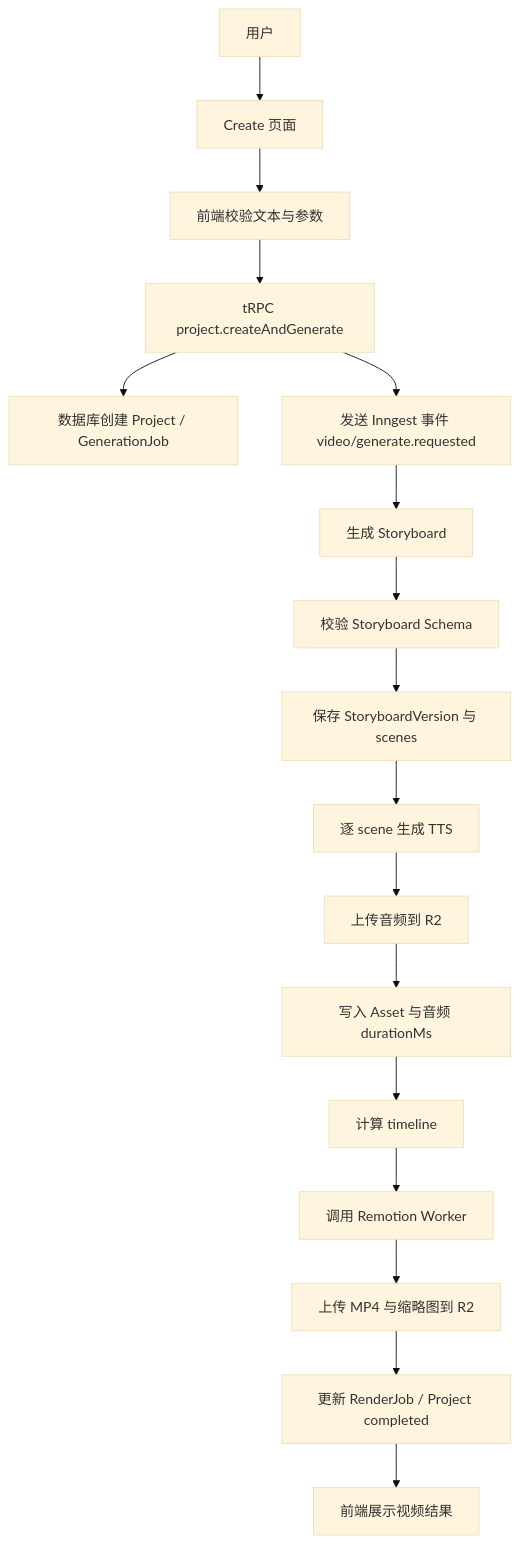
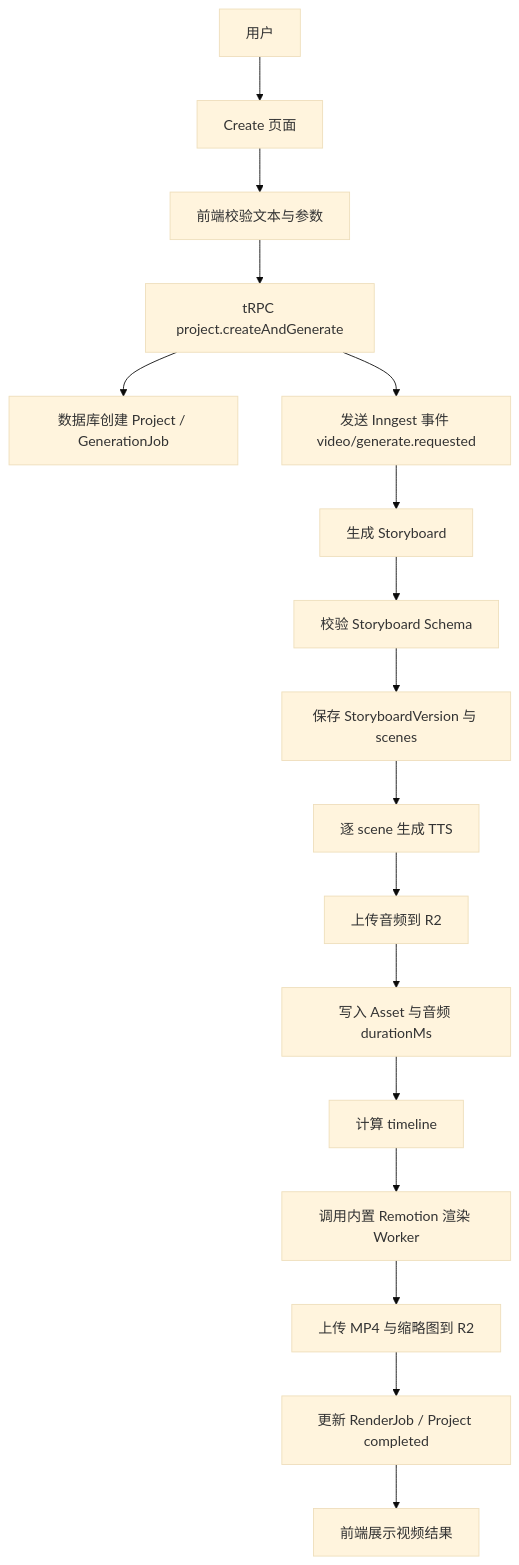
Before and after one commit to H-1234-S/Note: the first of 12 diagrams in 项目/Volcano/PRD_AI文本转PPT微课视频平台.md, drawn with Mermaid (base theme). The commit also changed other lines of this file, not shown here.

````diff
--- a/项目/Volcano/PRD_AI文本转PPT微课视频平台.md
+++ b/项目/Volcano/PRD_AI文本转PPT微课视频平台.md
@@ -246,19 +248,19 @@
 ```mermaid
 flowchart TD
   U["用户"] --> C["Create 页面"]
   C --> V["前端校验文本与参数"]
   V --> API["tRPC project.createAndGenerate"]
   API --> DB1["数据库创建 Project / GenerationJob"]
   API --> EVT["发送 Inngest 事件 video/generate.requested"]
   EVT --> S1["生成 Storyboard"]
   S1 --> S2["校验 Storyboard Schema"]
   S2 --> S3["保存 StoryboardVersion 与 scenes"]
   S3 --> S4["逐 scene 生成 TTS"]
   S4 --> R2A["上传音频到 R2"]
   R2A --> S5["写入 Asset 与音频 durationMs"]
   S5 --> S6["计算 timeline"]
-  S6 --> S7["调用 Remotion Worker"]
+  S6 --> S7["调用内置 Remotion 渲染 Worker"]
   S7 --> R2V["上传 MP4 与缩略图到 R2"]
   R2V --> S8["更新 RenderJob / Project completed"]
   S8 --> UI["前端展示视频结果"]
 ```
````
